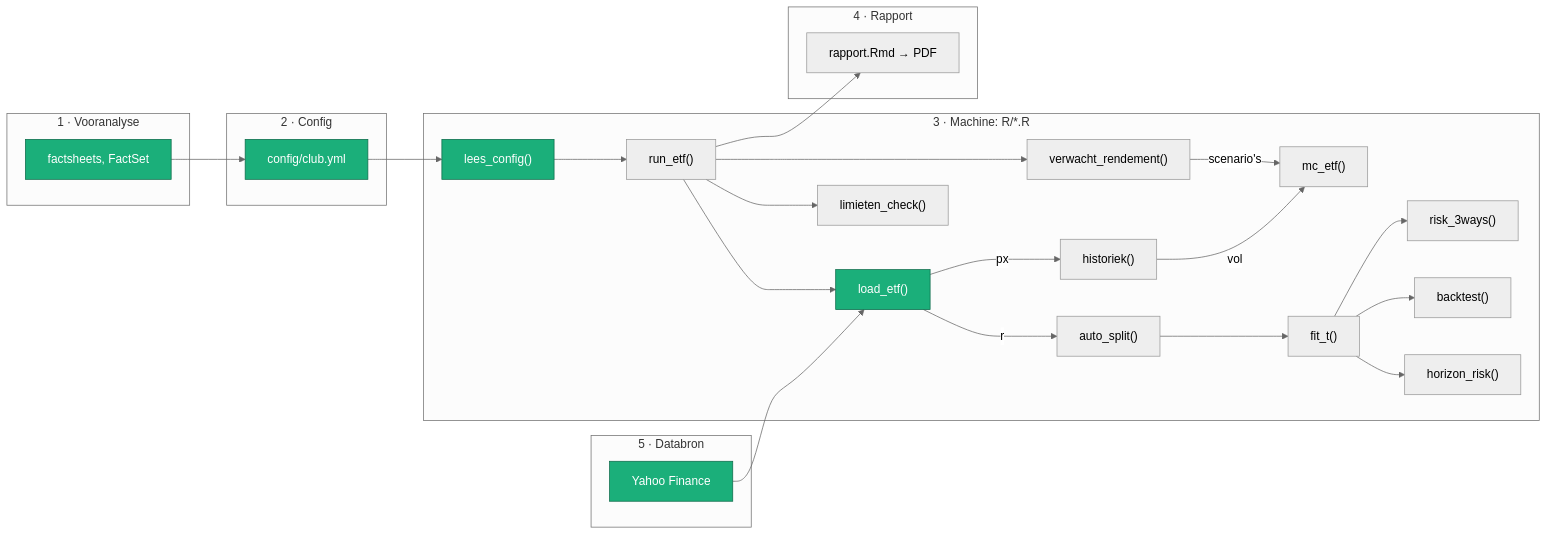
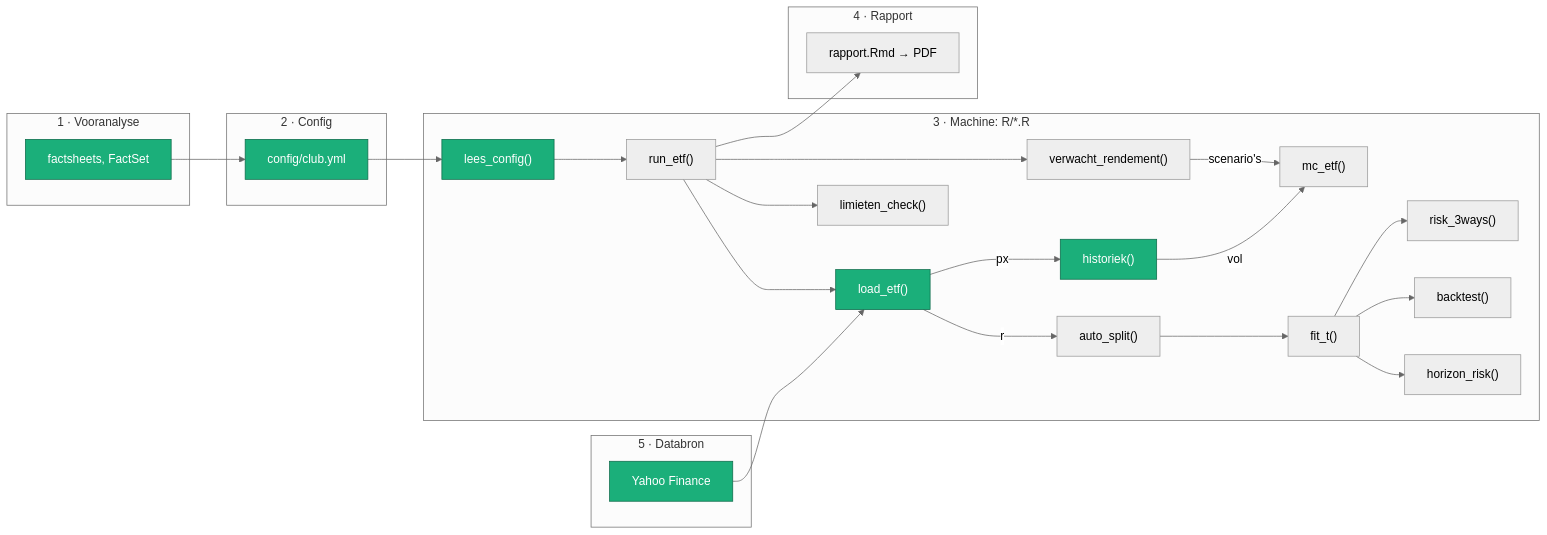
The diagram in README.md (batistedecat/etf-model-1), drawn with Mermaid (neutral theme) before and after one commit. The commit also changed 3 other files, not shown here.

````diff
--- a/README.md
+++ b/README.md
@@ -6,43 +6,43 @@
 ```mermaid
 flowchart LR
   subgraph A["1 · Vooranalyse"]
     S["factsheets, FactSet"]
   end
   subgraph B["2 · Config"]
     Y["config/club.yml"]
   end
   subgraph C["3 · Machine: R/*.R"]
     LC["lees_config()"]
     RE["run_etf()"]
     LE["load_etf()"]
     HI["historiek()"]
     VR["verwacht_rendement()"]
     MC["mc_etf()"]
     AS["auto_split()"]
     FT["fit_t()"]
     RK["risk_3ways()"]
     BT["backtest()"]
     HR["horizon_risk()"]
     LM["limieten_check()"]
   end
   subgraph D["4 · Rapport"]
     RP["rapport.Rmd → PDF"]
   end
   subgraph E["5 · Databron"]
     YH["Yahoo Finance"]
   end
   S --> Y --> LC --> RE
   RE --> LE
   LE -->|px| HI
   YH --> LE
   RE --> VR -->|scenario's| MC
   HI -->|vol| MC
   LE -->|r| AS --> FT
   FT --> RK
   FT --> BT
   FT --> HR
   RE --> LM
   RE --> RP
   classDef klaar fill:#1BAF7A,color:#fff,stroke:#0d6b4a
-  class LC,LE,YH,Y,S klaar
+    class LC,LE,YH,Y,S,HI klaar
 ```
````
